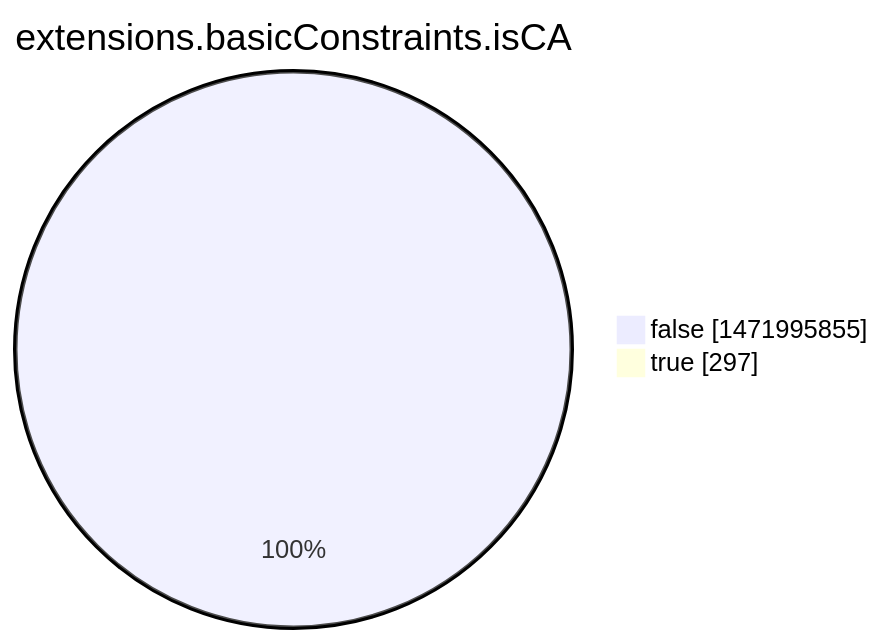
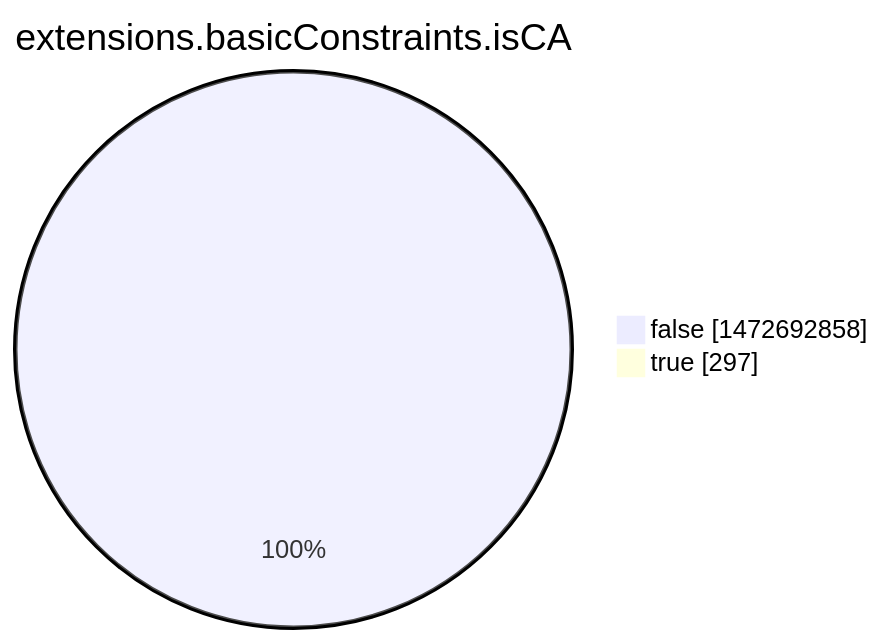
One commit to christiankrug/ctmonitor_visualization changed the eighth of 15 diagrams in argon2022/README.md. Above: the diagram before and after it, drawn with Mermaid. The commit also changed other lines of this file, not shown here.

````diff
--- a/argon2022/README.md
+++ b/argon2022/README.md
@@ -2760,6 +2760,6 @@
 ```mermaid
 pie showData
 title extensions.basicConstraints.isCA
-"false" :1471995855
+"false" :1472692858
 "true" :297
 ```
````
